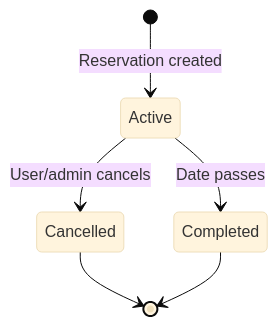
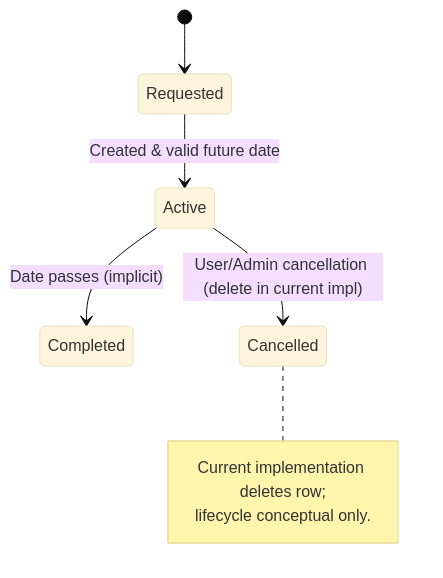
One commit to spazyCZ/rbcz_gh-copilot-basic_carpool_clean_1 changed the diagram in docs/business_logic.md. Above: the diagram before and after it, drawn with Mermaid (base theme). The commit also changed other lines of this file and 8 other files, not shown here.

````diff
--- a/docs/business_logic.md
+++ b/docs/business_logic.md
@@ -63,8 +175,11 @@
 ```mermaid
 stateDiagram-v2
-    [*] --> Active : Reservation created
-    Active --> Cancelled : User/admin cancels
-    Active --> Completed : Date passes
-    Cancelled --> [*]
-    Completed --> [*]
+    [*] --> Requested
+    Requested --> Active: Created & valid future date
+    Active --> Completed: Date passes (implicit)
+    Active --> Cancelled: User/Admin cancellation (delete in current impl)
+    note right of Cancelled
+      Current implementation deletes row;
+      lifecycle conceptual only.
+    end note
 ```
````
